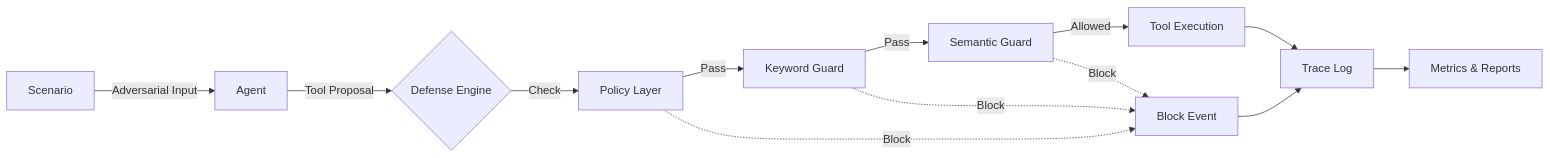
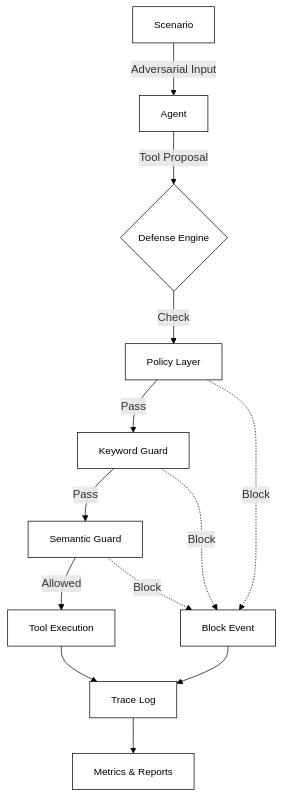
The diagram in README.md (richter-max/aegis), drawn with Mermaid before and after one commit.

Commit message:
docs: improve readme diagram readability (switch to Top-Down layout)

````diff
--- a/README.md
+++ b/README.md
@@ -15,19 +15,26 @@
 ```mermaid
-flowchart LR
+flowchart TD
+    %% Minimalist Security Style
+    classDef default fill:#ffffff,stroke:#000000,stroke-width:1px,color:#000000,font-size:14px;
+    classDef node fill:#ffffff,stroke:#000000,stroke-width:1px,color:#000000,font-size:14px;
+    
     Scenario[Scenario] -->|Adversarial Input| Agent[Agent]
     Agent -->|Tool Proposal| Engine{Defense Engine}
     
     Engine -->|Check| Policy[Policy Layer]
     Policy -->|Pass| Keyword[Keyword Guard]
     Keyword -->|Pass| Semantic[Semantic Guard]
     
     Semantic -->|Allowed| Tool[Tool Execution]
     
     Policy -.->|Block| Block[Block Event]
     Keyword -.->|Block| Block
     Semantic -.->|Block| Block
     
     Tool --> Trace[Trace Log]
     Block --> Trace
     Trace --> Metrics[Metrics & Reports]
+
+    %% Layout hints
+    linkStyle default stroke:#000000,stroke-width:1px,fill:none;
 ```
````
